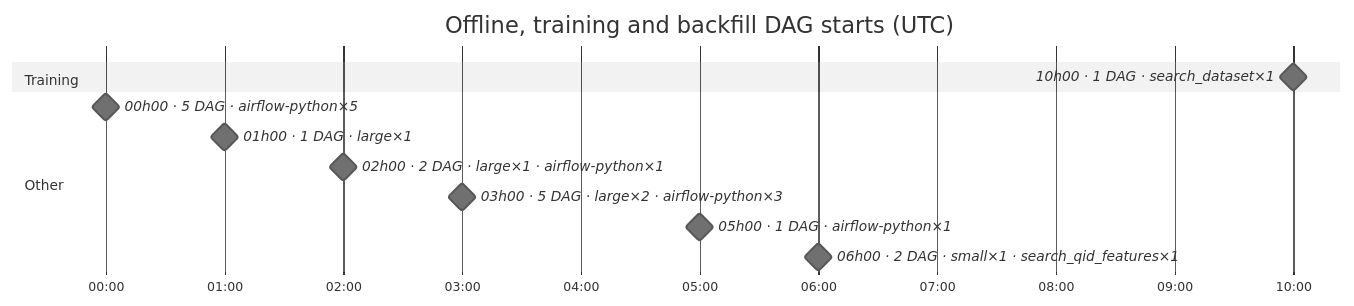
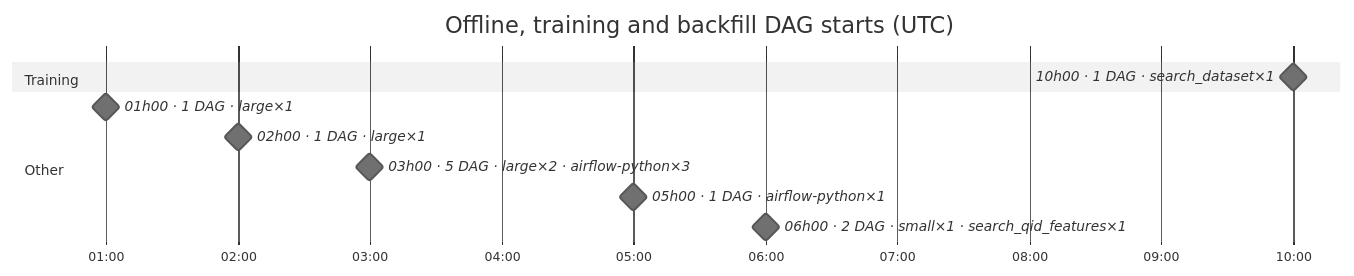
The sixth of 6 diagrams in docs/feature_platform_map.md (DayMarket/ml-feature-platform), drawn with Mermaid (neutral theme) before and after one commit. The commit also changed other lines of this file and 2 other files, not shown here.

Commit message:
docs: separate logistics DAG map

````diff
--- a/docs/feature_platform_map.md
+++ b/docs/feature_platform_map.md
@@ -162,17 +193,16 @@
 ```mermaid
 gantt
     title Offline, training and backfill DAG starts (UTC)
     dateFormat HH:mm
     axisFormat %H:%M
     tickInterval 1hour
     section Training
     10h00 · 1 DAG · search_dataset×1 :milestone, s0_0600, 10:00, 0m
     section Backfill
     section Other
-    00h00 · 5 DAG · airflow-python×5 :milestone, s2_0000, 00:00, 0m
     01h00 · 1 DAG · large×1 :milestone, s2_0060, 01:00, 0m
-    02h00 · 2 DAG · large×1 · airflow-python×1 :milestone, s2_0120, 02:00, 0m
+    02h00 · 1 DAG · large×1 :milestone, s2_0120, 02:00, 0m
     03h00 · 5 DAG · large×2 · airflow-python×3 :milestone, s2_0180, 03:00, 0m
     05h00 · 1 DAG · airflow-python×1 :milestone, s2_0300, 05:00, 0m
     06h00 · 2 DAG · small×1 · search_qid_features×1 :milestone, s2_0360, 06:00, 0m
 ```
````
